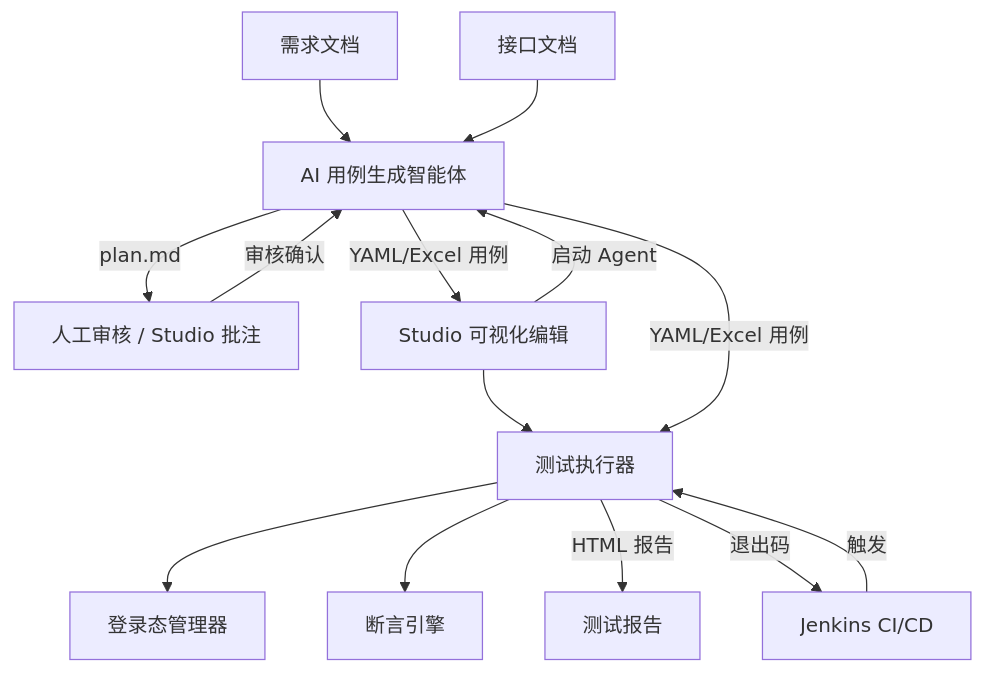
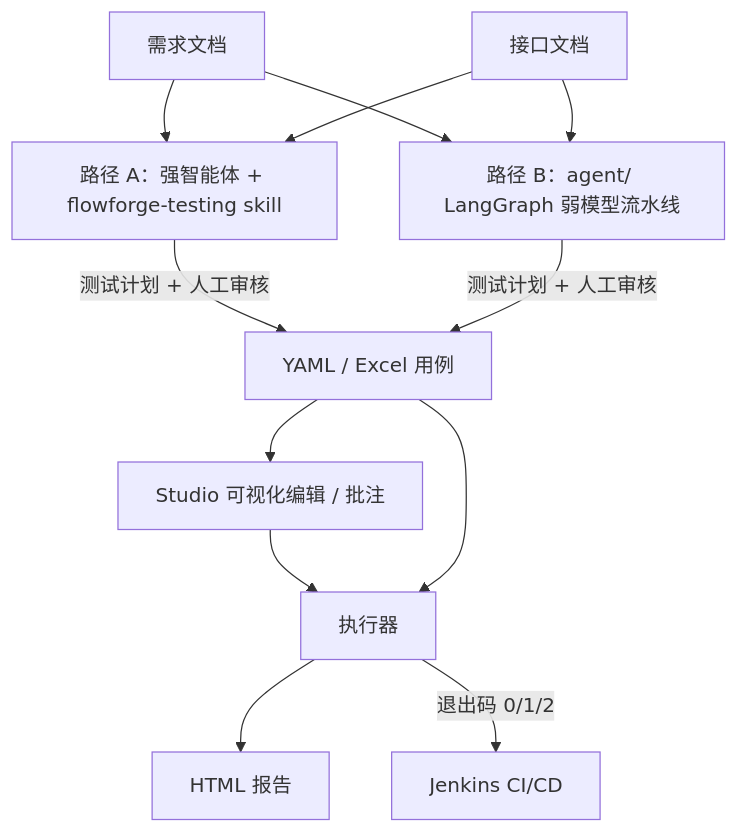
One commit to Remon-16/flow-forge changed the diagram in README.md. Above: the diagram before and after it, drawn with Mermaid. The commit also changed other lines of this file and 194 other files, not shown here.

````diff
--- a/README.md
+++ b/README.md
@@ -19,16 +19,14 @@
 ```mermaid
 graph TD
-    REQ[需求文档] --> AGENT[AI 用例生成智能体]
-    API[接口文档] --> AGENT
-    AGENT --> |plan.md| REVIEW[人工审核 / Studio 批注]
-    REVIEW --> |审核确认| AGENT
-    STUDIO --> |启动 Agent| AGENT
-    AGENT --> |YAML/Excel 用例| STUDIO[Studio 可视化编辑]
-    STUDIO --> EXEC[测试执行器]
-    AGENT --> |YAML/Excel 用例| EXEC
-    EXEC --> LM[登录态管理器]
-    EXEC --> AE[断言引擎]
-    EXEC --> |HTML 报告| REPORT[测试报告]
-    JENKINS[Jenkins CI/CD] --> |触发| EXEC
-    EXEC --> |退出码| JENKINS
+    REQ[需求文档] --> PA[路径 A：强智能体 + flowforge-testing skill]
+    API[接口文档] --> PA
+    REQ --> PB[路径 B：agent/ LangGraph 弱模型流水线]
+    API --> PB
+    PA --> |测试计划 + 人工审核| CASES[YAML / Excel 用例]
+    PB --> |测试计划 + 人工审核| CASES
+    CASES --> STUDIO[Studio 可视化编辑 / 批注]
+    STUDIO --> EXEC[执行器]
+    CASES --> EXEC
+    EXEC --> REPORT[HTML 报告]
+    EXEC --> |退出码 0/1/2| CI[Jenkins CI/CD]
 ```
````
